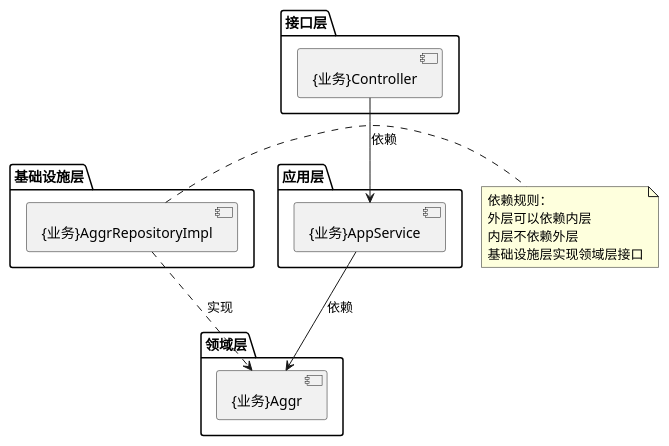
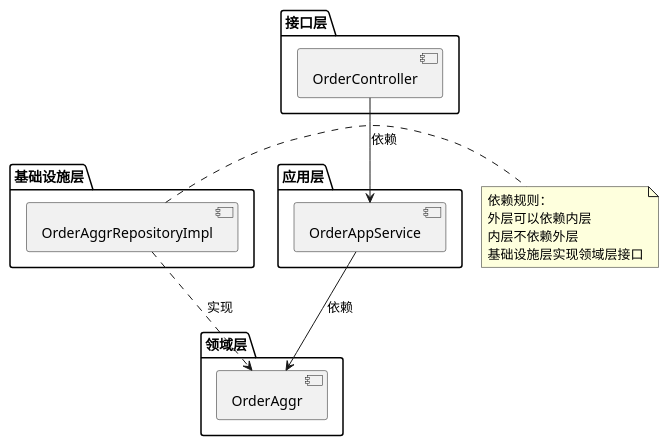
The fourth of 14 diagrams in README.md (LeoNardo-LB/web-quick-start-domain), drawn with PlantUML before and after one commit. The commit also changed other lines of this file and 13 other files, not shown here.

````diff
--- a/README.md
+++ b/README.md
@@ -627,32 +604,32 @@
 ```plantuml
 @startuml 依赖规则
 
 package "接口层" {
-  [{业务}Controller]
+  [OrderController]
 }
 
 package "应用层" {
-  [{业务}AppService]
+  [OrderAppService]
 }
 
 package "领域层" {
-  [{业务}Aggr]
+  [OrderAggr]
 }
 
 package "基础设施层" {
-  [{业务}AggrRepositoryImpl]
+  [OrderAggrRepositoryImpl]
 }
 
-[{业务}Controller] --> [{业务}AppService] : 依赖
-[{业务}AppService] --> [{业务}Aggr] : 依赖
-[{业务}AggrRepositoryImpl] ..> [{业务}Aggr] : 实现
+[OrderController] --> [OrderAppService] : 依赖
+[OrderAppService] --> [OrderAggr] : 依赖
+[OrderAggrRepositoryImpl] ..> [OrderAggr] : 实现
 
 note right
   依赖规则：
   外层可以依赖内层
   内层不依赖外层
   基础设施层实现领域层接口
 end note
 
 @enduml
 ```
````
